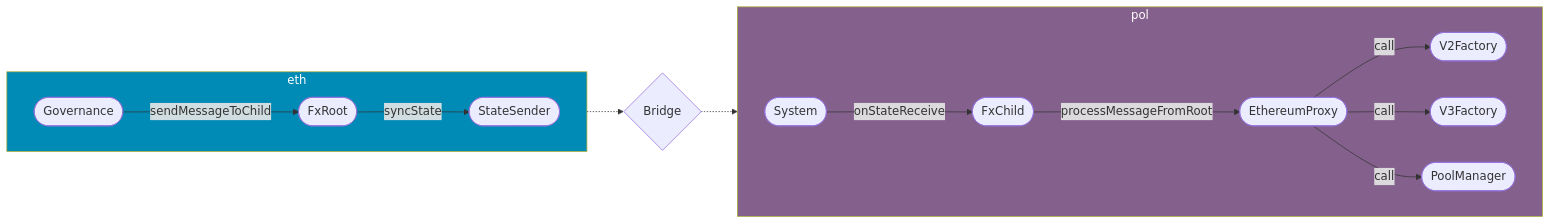
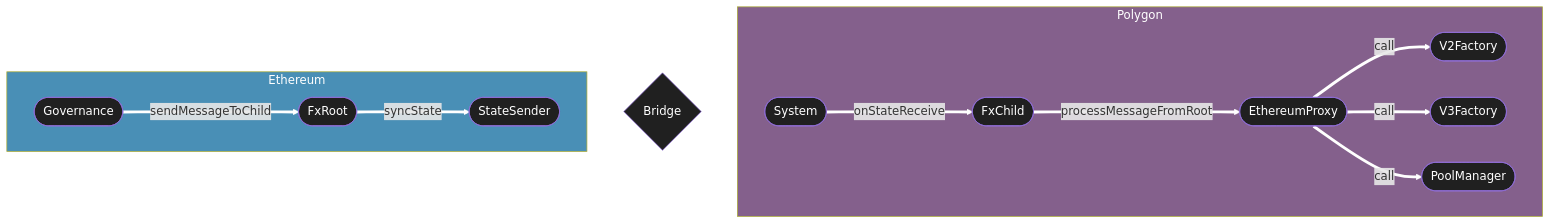
The fifth of 7 diagrams in script/proposal-4/Index.md (Uniswap/protocol-fees), drawn with Mermaid before and after one commit. The commit also changed other lines of this file, not shown here.

````diff
--- a/script/proposal-4/Index.md
+++ b/script/proposal-4/Index.md
@@ -301,38 +312,40 @@
 ```mermaid
 flowchart LR
     Bridge{Bridge}
-    subgraph pol
+    subgraph Polygon
         direction LR
         System([System])
         FxChild([FxChild])
         EthereumProxy([EthereumProxy])
         V2Factory([V2Factory])
         V3Factory([V3Factory])
         PoolManager([PoolManager])
 
         System -->|onStateReceive| FxChild
         FxChild -->|processMessageFromRoot| EthereumProxy
         EthereumProxy -->|call| V2Factory
         EthereumProxy -->|call| V3Factory
         EthereumProxy -->|call| PoolManager
     end
 
-    subgraph eth
+    subgraph Ethereum
         direction LR
         Governance([Governance])
         FxRoot([FxRoot])
         StateSender([StateSender])
 
         Governance -->|sendMessageToChild| FxRoot
         FxRoot -->|syncState| StateSender
     end
 
     StateSender -.-> Bridge
     Bridge -.-> System
 
-    eth:::eth
-    pol:::pol
+    Ethereum:::on_eth
+    Polygon:::on_pol
 
-    classDef eth fill:#008ab6,color:#fff
-    classDef pol fill:#84608c,color:#fff
+    linkStyle default stroke:#fff,stroke-width:4px
+    classDef default fill:#202020,color:#fff
+    classDef on_pol fill:#84608c,color:#fff
+    classDef on_eth fill:#498fb6,color:#fff
 ```
````
